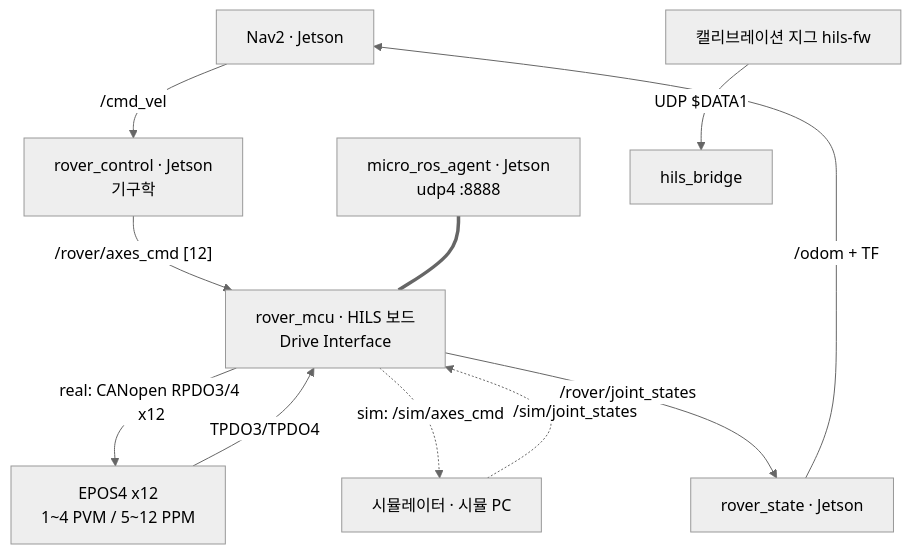
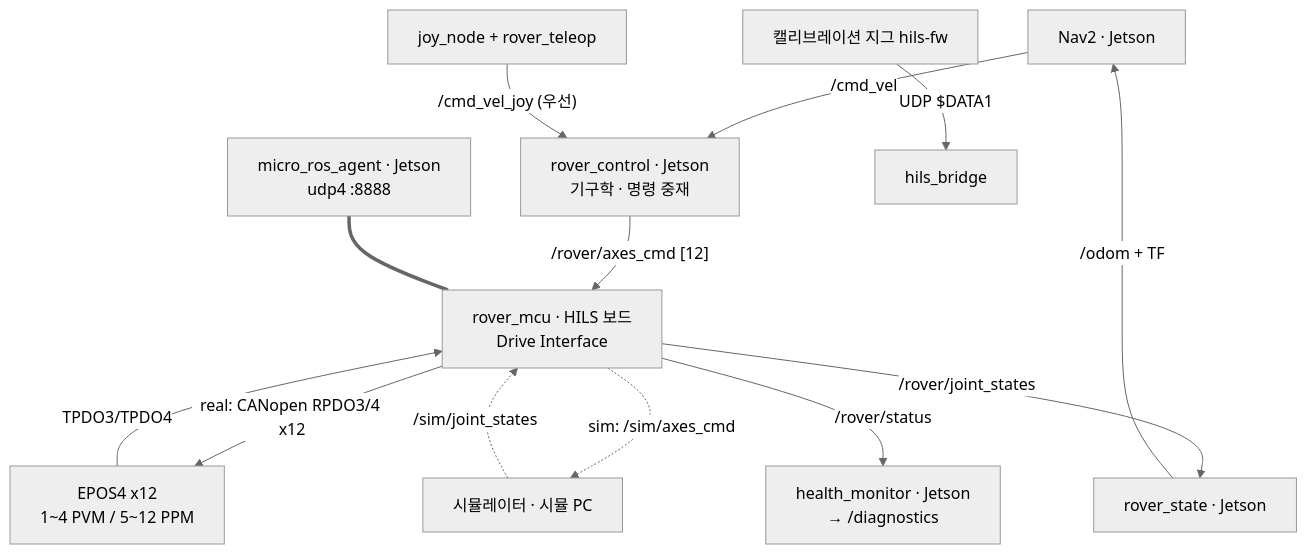
Before and after one commit to parclab-hsu/parclab-hsu.github.io: the diagram in homepage-src/docs/projects/l-project-srs.md, drawn with Mermaid (neutral theme). The commit also changed other lines of this file and 6 other files, not shown here.

````diff
--- a/homepage-src/docs/projects/l-project-srs.md
+++ b/homepage-src/docs/projects/l-project-srs.md
@@ -77,12 +78,14 @@
 ```mermaid
 flowchart TB
-    NAV[Nav2 · Jetson] -- /cmd_vel --> RC[rover_control · Jetson<br/>기구학]
+    NAV[Nav2 · Jetson] -- /cmd_vel --> RC[rover_control · Jetson<br/>기구학 · 명령 중재]
+    JOY[joy_node + rover_teleop] -- "/cmd_vel_joy (우선)" --> RC
     RC -- "/rover/axes_cmd [12]" --> MCU[rover_mcu · HILS 보드<br/>Drive Interface]
     MCU -- "real: CANopen RPDO3/4 x12" --> EPOS[EPOS4 x12<br/>1~4 PVM / 5~12 PPM]
     EPOS -- TPDO3/TPDO4 --> MCU
     MCU -. "sim: /sim/axes_cmd" .-> SIM[시뮬레이터 · 시뮬 PC]
     SIM -. /sim/joint_states .-> MCU
     MCU -- /rover/joint_states --> RS[rover_state · Jetson] -- /odom + TF --> NAV
     AG[micro_ros_agent · Jetson<br/>udp4 :8888] === MCU
+    MCU -- "/rover/status" --> HM[health_monitor · Jetson<br/>→ /diagnostics]
     JIG[캘리브레이션 지그 hils-fw] -- "UDP $DATA1" --> HB[hils_bridge]
 ```
````
